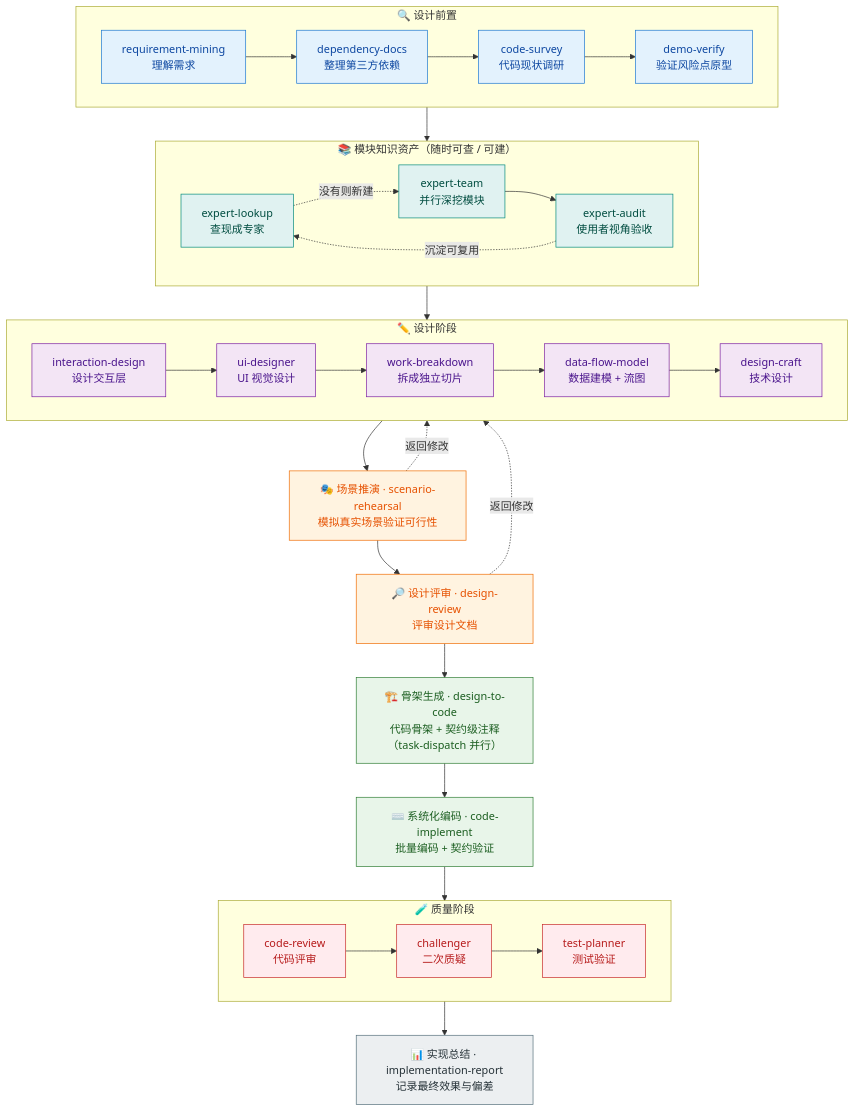
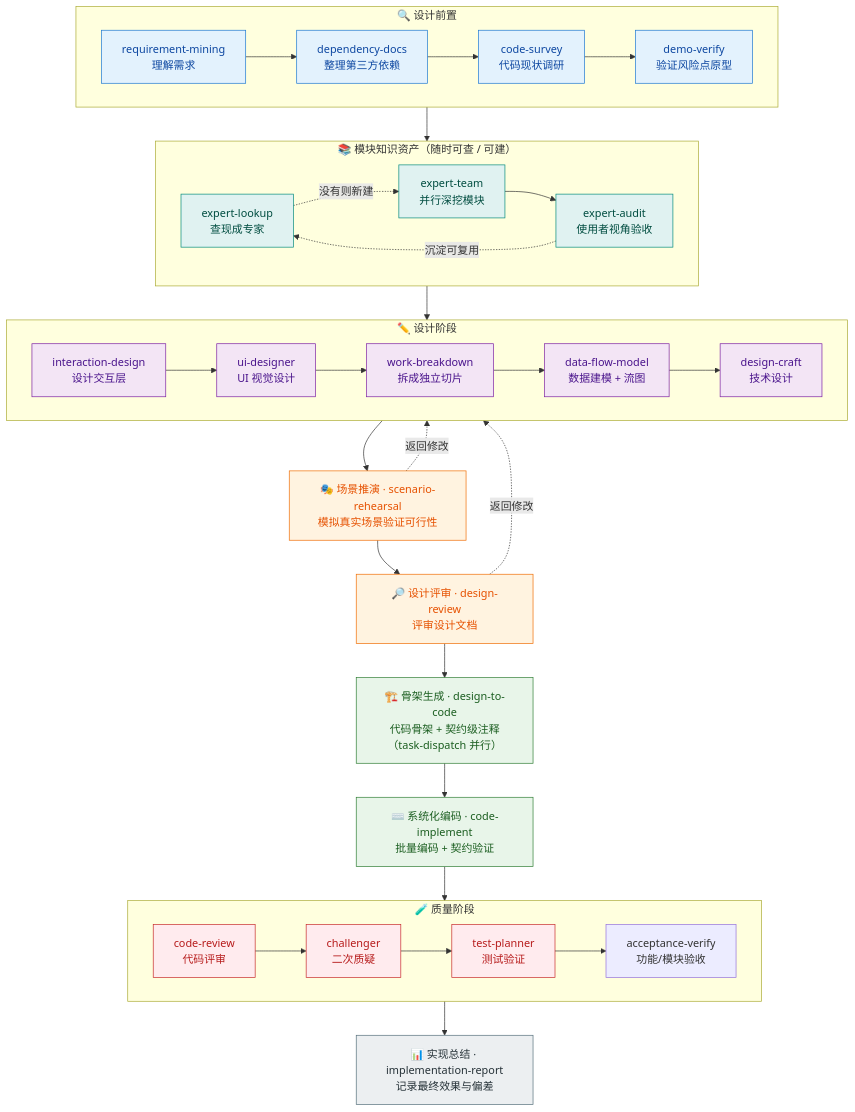
Before and after one commit to HACK-WU/skills: the diagram in README.md, drawn with Mermaid. The commit also changed other lines of this file and 3 other files, not shown here.

First line of the commit message:
feat(skills): 新增 acceptance-verify 功能/模块级验收技能

````diff
--- a/README.md
+++ b/README.md
@@ -110,52 +110,52 @@
 ```mermaid
 flowchart TD
     subgraph PRE["🔍 设计前置"]
         direction LR
         RM["requirement-mining<br/>理解需求"] --> DD["dependency-docs<br/>整理第三方依赖"] --> CS["code-survey<br/>代码现状调研"] --> DV["demo-verify<br/>验证风险点原型"]
     end
 
     subgraph DESIGN["✏️ 设计阶段"]
         direction LR
         ID["interaction-design<br/>设计交互层"] --> UID["ui-designer<br/>UI 视觉设计"] --> WB["work-breakdown<br/>拆成独立切片"] --> DFM["data-flow-model<br/>数据建模 + 流图"] --> DC["design-craft<br/>技术设计"]
     end
 
     SR["🎭 场景推演 · scenario-rehearsal<br/>模拟真实场景验证可行性"]
     DR["🔎 设计评审 · design-review<br/>评审设计文档"]
     D2C["🏗️ 骨架生成 · design-to-code<br/>代码骨架 + 契约级注释（task-dispatch 并行）"]
     CI["⌨️ 系统化编码 · code-implement<br/>批量编码 + 契约验证"]
 
     subgraph QA["🧪 质量阶段"]
         direction LR
-        CRV["code-review<br/>代码评审"] --> CH["challenger<br/>二次质疑"] --> TP["test-planner<br/>测试验证"]
+        CRV["code-review<br/>代码评审"] --> CH["challenger<br/>二次质疑"] --> TP["test-planner<br/>测试验证"] --> AV["acceptance-verify<br/>功能/模块验收"]
     end
 
     IR["📊 实现总结 · implementation-report<br/>记录最终效果与偏差"]
 
     subgraph EXPERT["📚 模块知识资产（随时可查 / 可建）"]
         direction LR
         EL["expert-lookup<br/>查现成专家"] -. 没有则新建 .-> ET["expert-team<br/>并行深挖模块"] --> EA["expert-audit<br/>使用者视角验收"]
         EA -. 沉淀可复用 .-> EL
     end
 
     PRE --> EXPERT --> DESIGN --> SR
     SR -. 返回修改 .-> DESIGN
     SR --> DR
     DR -. 返回修改 .-> DESIGN
     DR --> D2C --> CI --> QA --> IR
 
     classDef pre fill:#e3f2fd,stroke:#1976d2,color:#0d47a1
     classDef design fill:#f3e5f5,stroke:#7b1fa2,color:#4a148c
     classDef verify fill:#fff3e0,stroke:#ef6c00,color:#e65100
     classDef code fill:#e8f5e9,stroke:#2e7d32,color:#1b5e20
     classDef qa fill:#ffebee,stroke:#c62828,color:#b71c1c
     classDef report fill:#eceff1,stroke:#546e7a,color:#263238
     classDef expert fill:#e0f2f1,stroke:#00897b,color:#004d40
 
     class RM,DD,CS,DV pre
     class ID,UID,WB,DFM,DC design
     class SR,DR verify
     class D2C,CI code
     class CRV,CH,TP qa
     class IR report
     class EL,ET,EA expert
 ```
````
